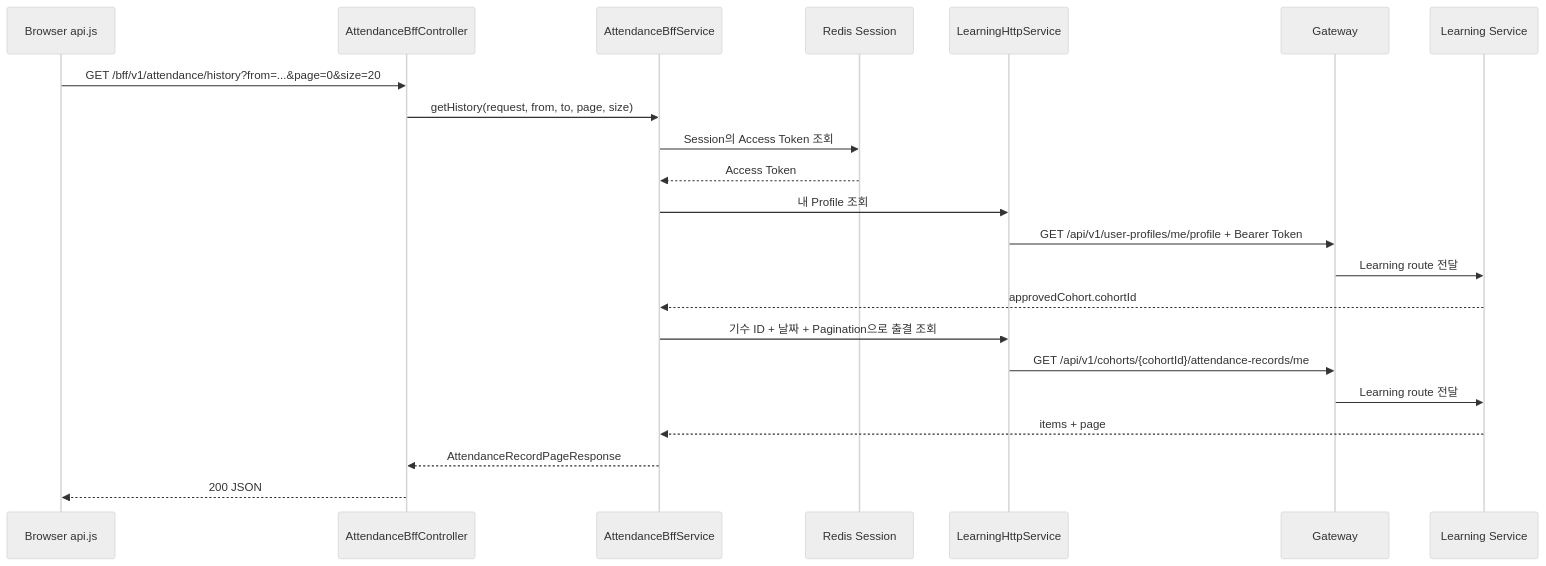
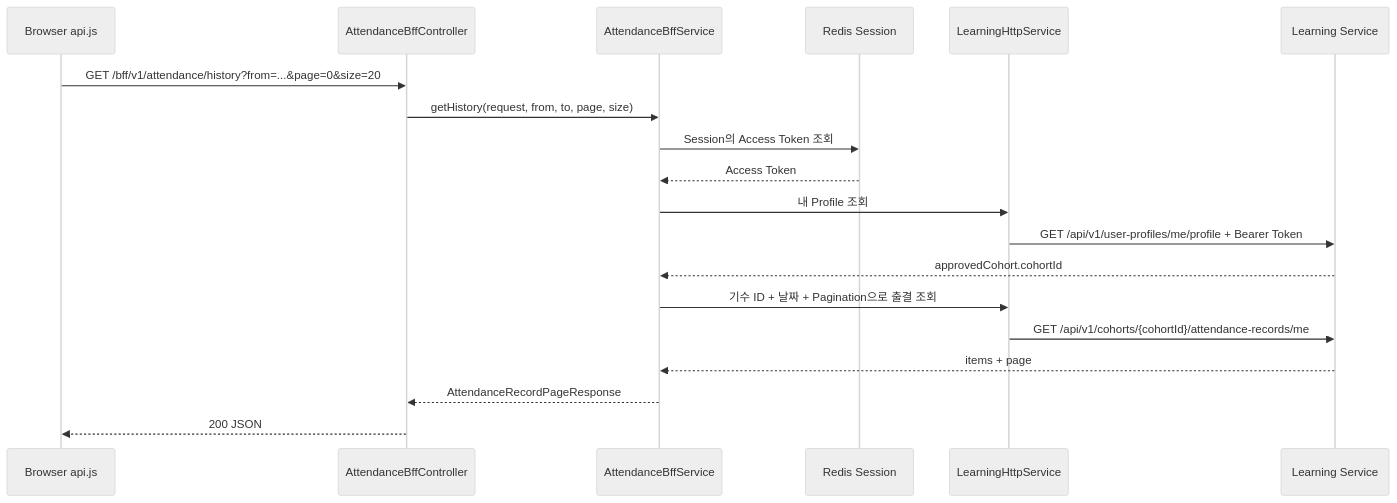
Before and after one commit to nhnacademy-aiot3-omagotchi/omagotchi-frontend: the second of 2 diagrams in docs/onboarding/04-bff-request-flow.md, drawn with Mermaid (neutral theme). The commit also changed other lines of this file and 4 other files, not shown here.

````diff
--- a/docs/onboarding/04-bff-request-flow.md
+++ b/docs/onboarding/04-bff-request-flow.md
@@ -177,25 +175,22 @@
 ```mermaid
 sequenceDiagram
     participant JS as Browser api.js
     participant C as AttendanceBffController
     participant S as AttendanceBffService
     participant R as Redis Session
     participant H as LearningHttpService
-    participant G as Gateway
     participant L as Learning Service
 
     JS->>C: GET /bff/v1/attendance/history?from=...&page=0&size=20
     C->>S: getHistory(request, from, to, page, size)
     S->>R: Session의 Access Token 조회
     R-->>S: Access Token
     S->>H: 내 Profile 조회
-    H->>G: GET /api/v1/user-profiles/me/profile + Bearer Token
-    G->>L: Learning route 전달
+    H->>L: GET /api/v1/user-profiles/me/profile + Bearer Token
     L-->>S: approvedCohort.cohortId
     S->>H: 기수 ID + 날짜 + Pagination으로 출결 조회
-    H->>G: GET /api/v1/cohorts/{cohortId}/attendance-records/me
-    G->>L: Learning route 전달
+    H->>L: GET /api/v1/cohorts/{cohortId}/attendance-records/me
     L-->>S: items + page
     S-->>C: AttendanceRecordPageResponse
     C-->>JS: 200 JSON
 ```
````
